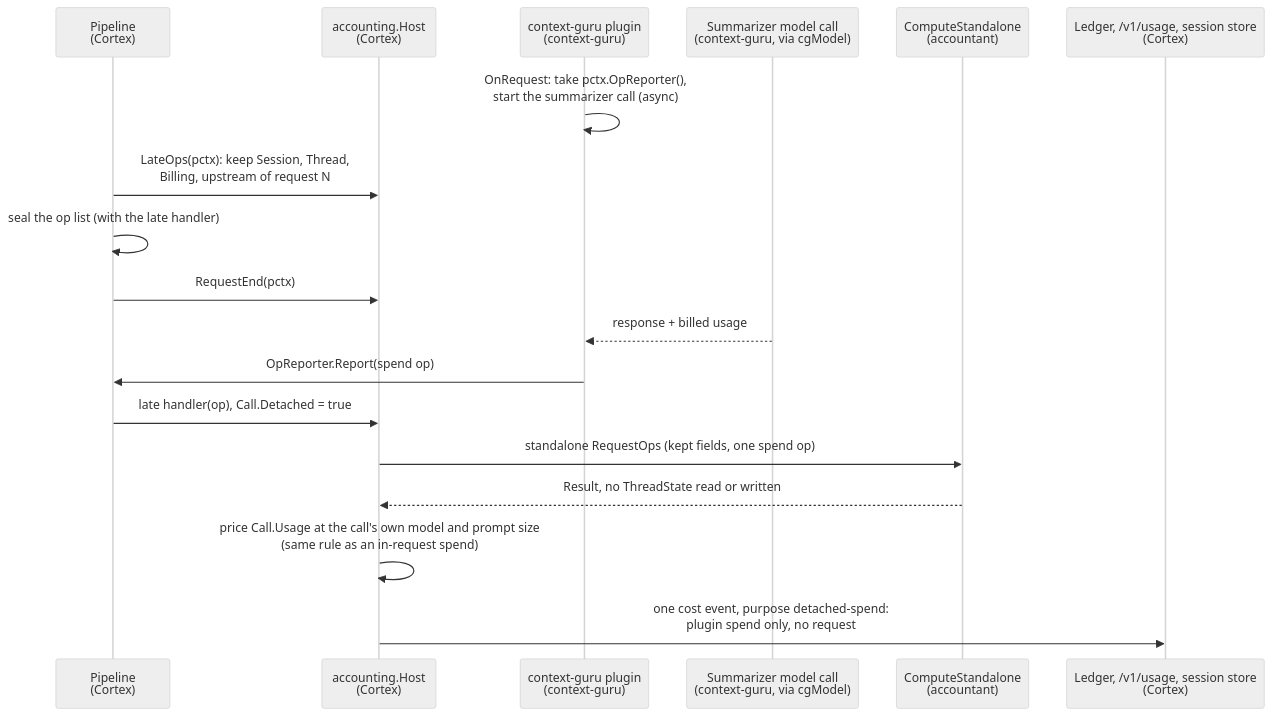
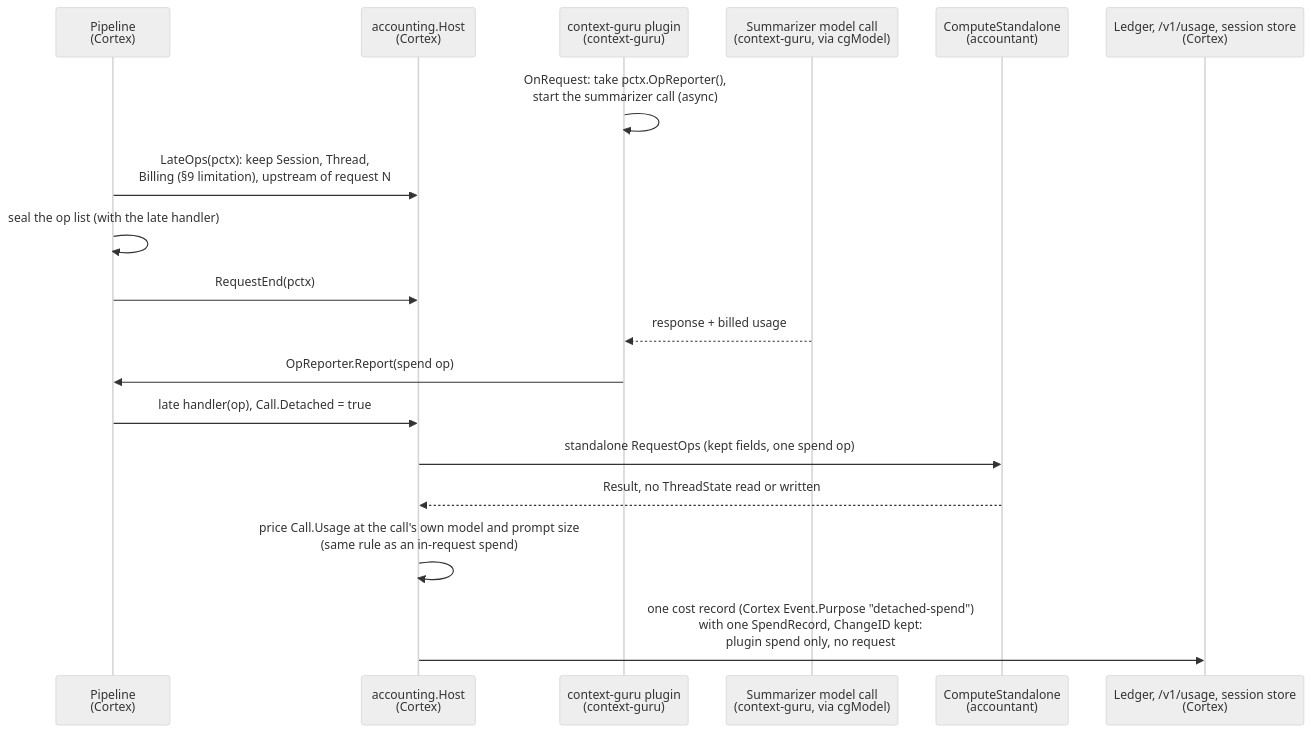
One commit to rossoctl/accountant changed the second of 3 diagrams in docs/cortex-wiring.md. Above: the diagram before and after it, drawn with Mermaid (neutral theme). The commit also changed other lines of this file and 1 other file, not shown here.

First line of the commit message:
docs(wiring): fix the billing rule and the status of a detached call

````diff
--- a/docs/cortex-wiring.md
+++ b/docs/cortex-wiring.md
@@ -222,21 +241,21 @@
 ```mermaid
 sequenceDiagram
     participant Pipeline as Pipeline<br/>(Cortex)
     participant Host as accounting.Host<br/>(Cortex)
     participant Plugin as context-guru plugin<br/>(context-guru)
     participant Model as Summarizer model call<br/>(context-guru, via cgModel)
     participant Lib as ComputeStandalone<br/>(accountant)
     participant Store as Ledger, /v1/usage, session store<br/>(Cortex)
 
     Plugin->>Plugin: OnRequest: take pctx.OpReporter(),<br/>start the summarizer call (async)
-    Pipeline->>Host: LateOps(pctx): keep Session, Thread,<br/>Billing, upstream of request N
+    Pipeline->>Host: LateOps(pctx): keep Session, Thread,<br/>Billing (§9 limitation), upstream of request N
     Pipeline->>Pipeline: seal the op list (with the late handler)
     Pipeline->>Host: RequestEnd(pctx)
     Model-->>Plugin: response + billed usage
     Plugin->>Pipeline: OpReporter.Report(spend op)
     Pipeline->>Host: late handler(op), Call.Detached = true
     Host->>Lib: standalone RequestOps (kept fields, one spend op)
     Lib-->>Host: Result, no ThreadState read or written
     Host->>Host: price Call.Usage at the call's own model and prompt size<br/>(same rule as an in-request spend)
-    Host->>Store: one cost event, purpose detached-spend:<br/>plugin spend only, no request
+    Host->>Store: one cost record (Cortex Event.Purpose "detached-spend")<br/>with one SpendRecord, ChangeID kept:<br/>plugin spend only, no request
 ```
````
